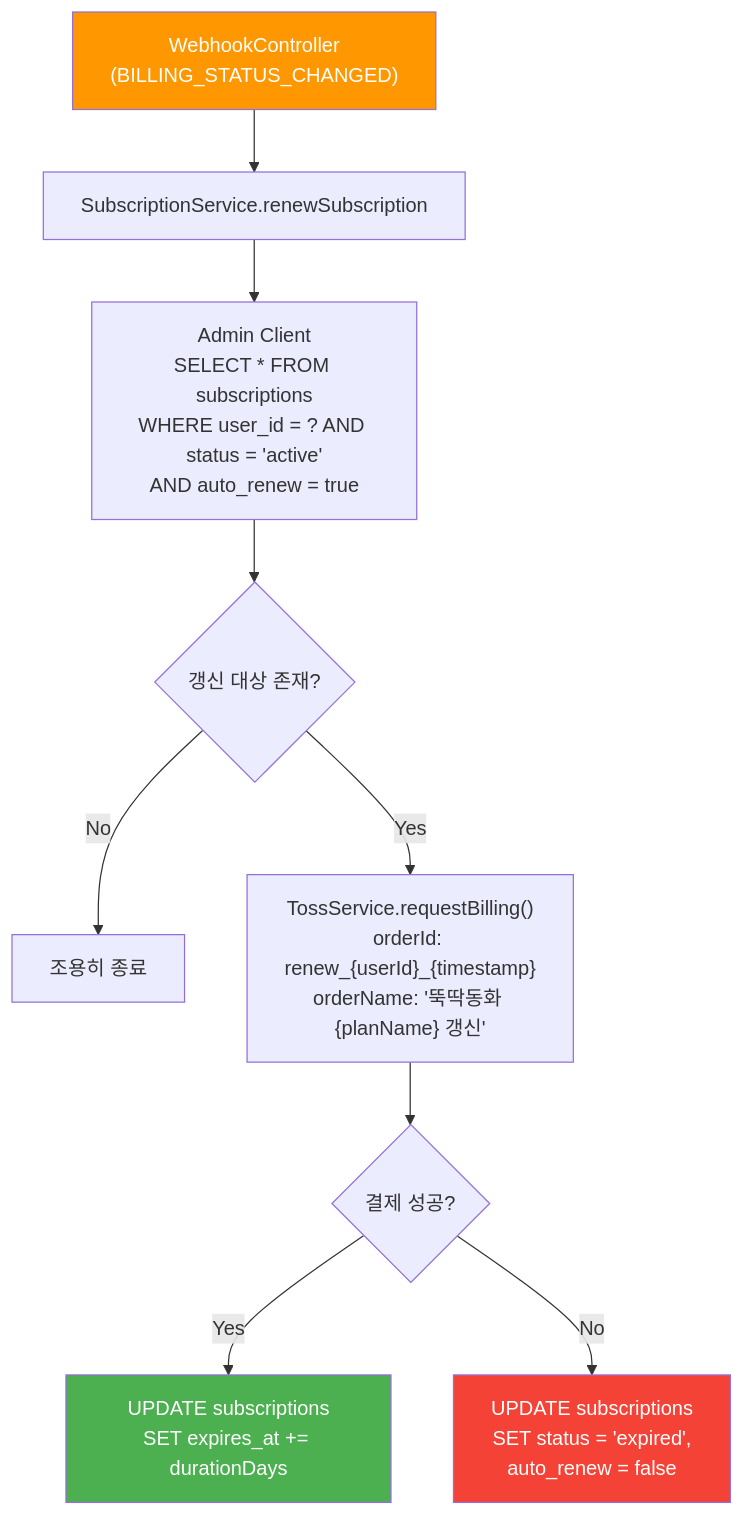
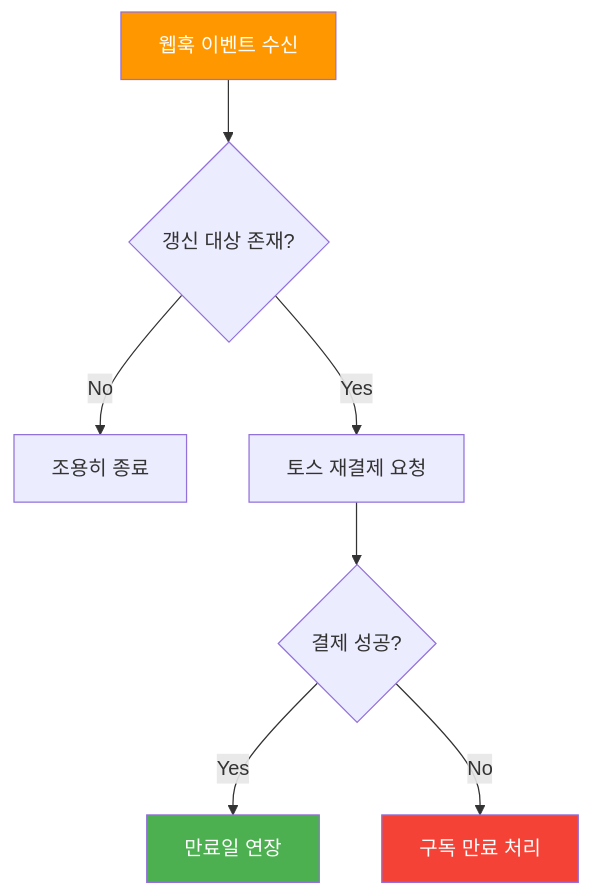
One commit to youngkim90/ddukddak-api changed the ninth of 10 diagrams in docs/api/subscription-api.md. Above: the diagram before and after it, drawn with Mermaid. The commit also changed other lines of this file and 5 other files, not shown here.

First line of the commit message:
docs: simplify flowcharts with dual API/code flow structure

````diff
--- a/docs/api/subscription-api.md
+++ b/docs/api/subscription-api.md
@@ -230,15 +248,13 @@
 ```mermaid
 flowchart TD
-    A["WebhookController<br/>(BILLING_STATUS_CHANGED)"] --> B[SubscriptionService.renewSubscription]
-    B --> C["Admin Client<br/>SELECT * FROM subscriptions<br/>WHERE user_id = ? AND status = 'active'<br/>AND auto_renew = true"]
-    C --> D{갱신 대상 존재?}
-    D -- No --> E[조용히 종료]
-    D -- Yes --> F["TossService.requestBilling()<br/>orderId: renew_{userId}_{timestamp}<br/>orderName: '뚝딱동화 {planName} 갱신'"]
-    F --> G{결제 성공?}
-    G -- Yes --> H["UPDATE subscriptions<br/>SET expires_at += durationDays"]
-    G -- No --> I["UPDATE subscriptions<br/>SET status = 'expired',<br/>auto_renew = false"]
+    A[웹훅 이벤트 수신] --> B{갱신 대상 존재?}
+    B -- No --> C[조용히 종료]
+    B -- Yes --> D[토스 재결제 요청]
+    D --> E{결제 성공?}
+    E -- Yes --> F[만료일 연장]
+    E -- No --> G[구독 만료 처리]
 
     style A fill:#ff9800,color:#fff
-    style H fill:#4caf50,color:#fff
-    style I fill:#f44336,color:#fff
+    style F fill:#4caf50,color:#fff
+    style G fill:#f44336,color:#fff
 ```
````
